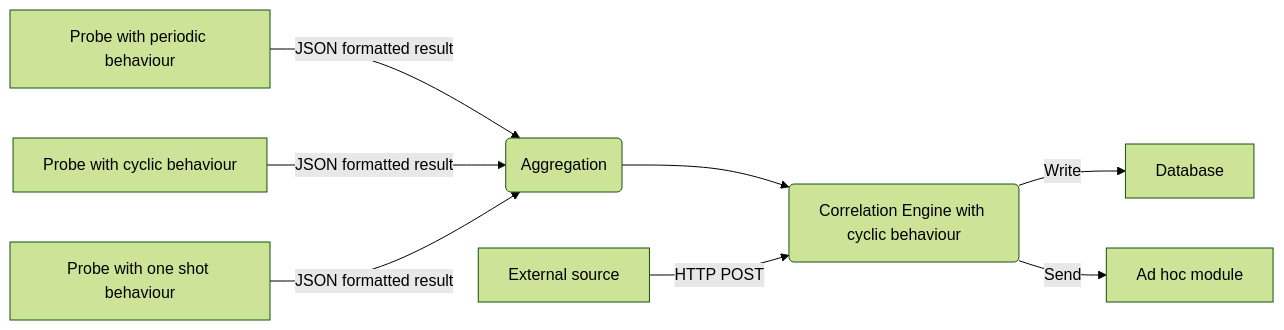
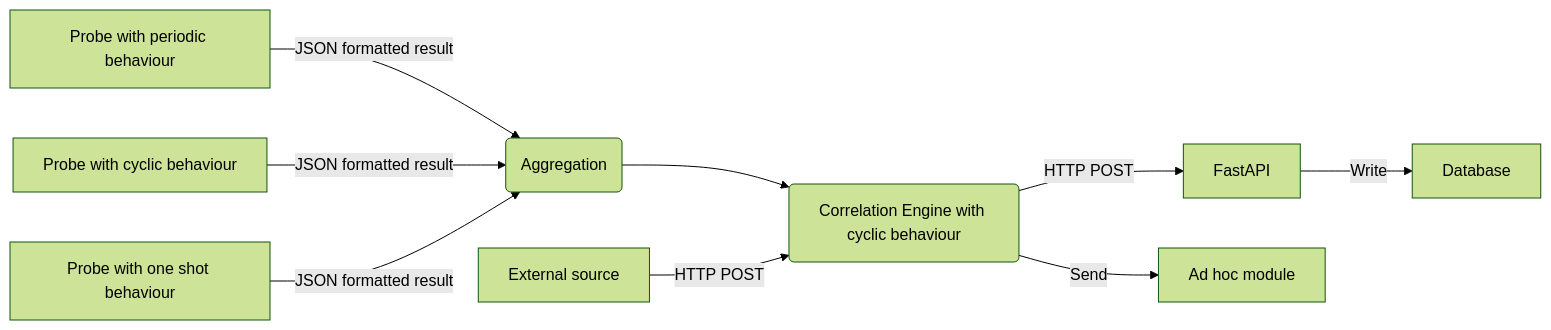
Before and after one commit to scandale-project/scandale: the diagram in docs/architecture.rst, drawn with Mermaid (forest theme). The commit also changed other lines of this file and 3 other files, not shown here.

```diff
--- a/docs/architecture.rst
+++ b/docs/architecture.rst
@@ -5,11 +5,12 @@
 .. mermaid::
 
     flowchart LR
 
     A[Probe with periodic behaviour] -->|JSON formatted result| B(Aggregation)
     AA[Probe with cyclic behaviour] -->|JSON formatted result| B
     AAA[Probe with one shot behaviour] -->|JSON formatted result| B
     B --> C(Correlation Engine with cyclic behaviour)
-    C -->|Write| D[Database]
+    C -->|HTTP POST| D[FastAPI]
     C -->|Send| E[Ad hoc module]
     F[External source] -->|HTTP POST| C
+    D -->|Write| G[Database]
```
